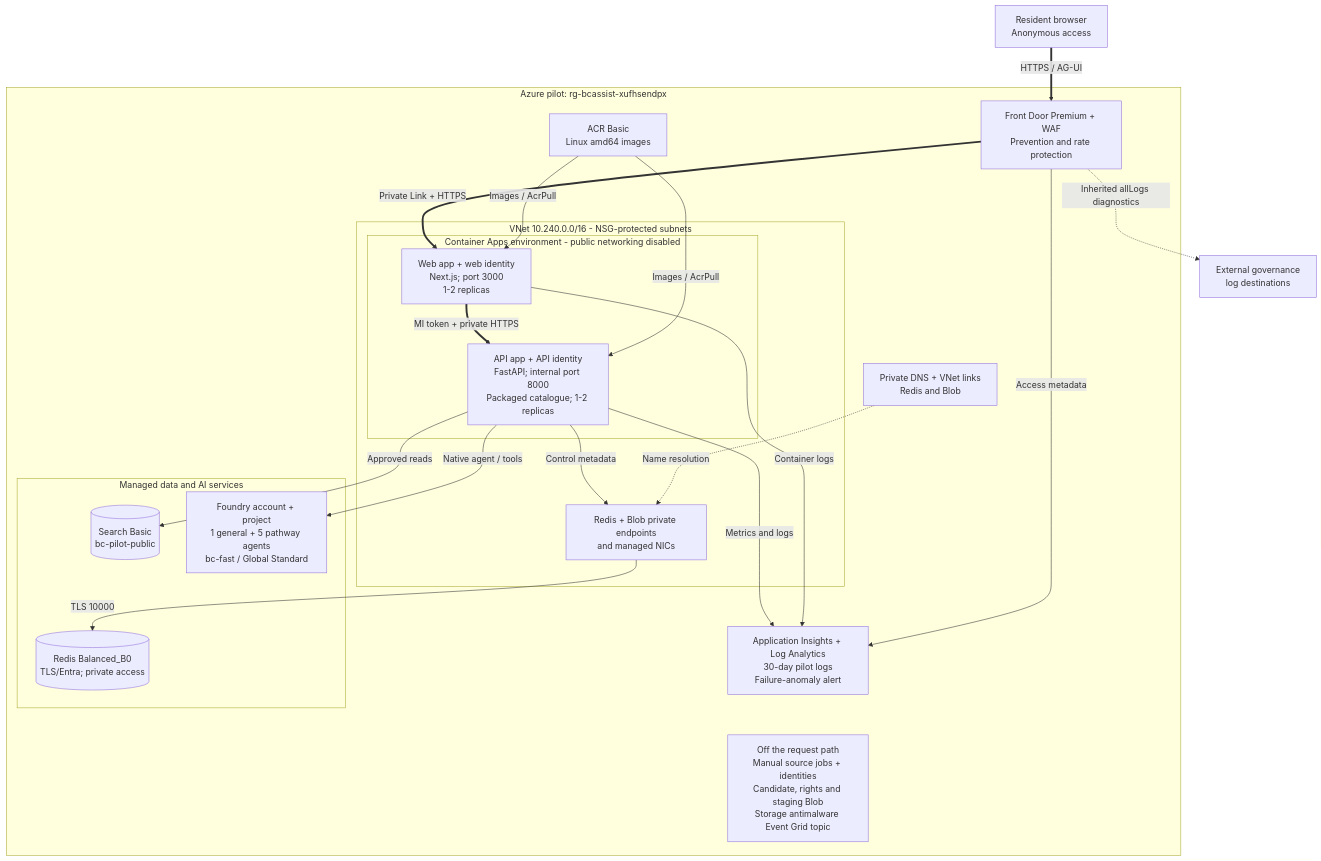
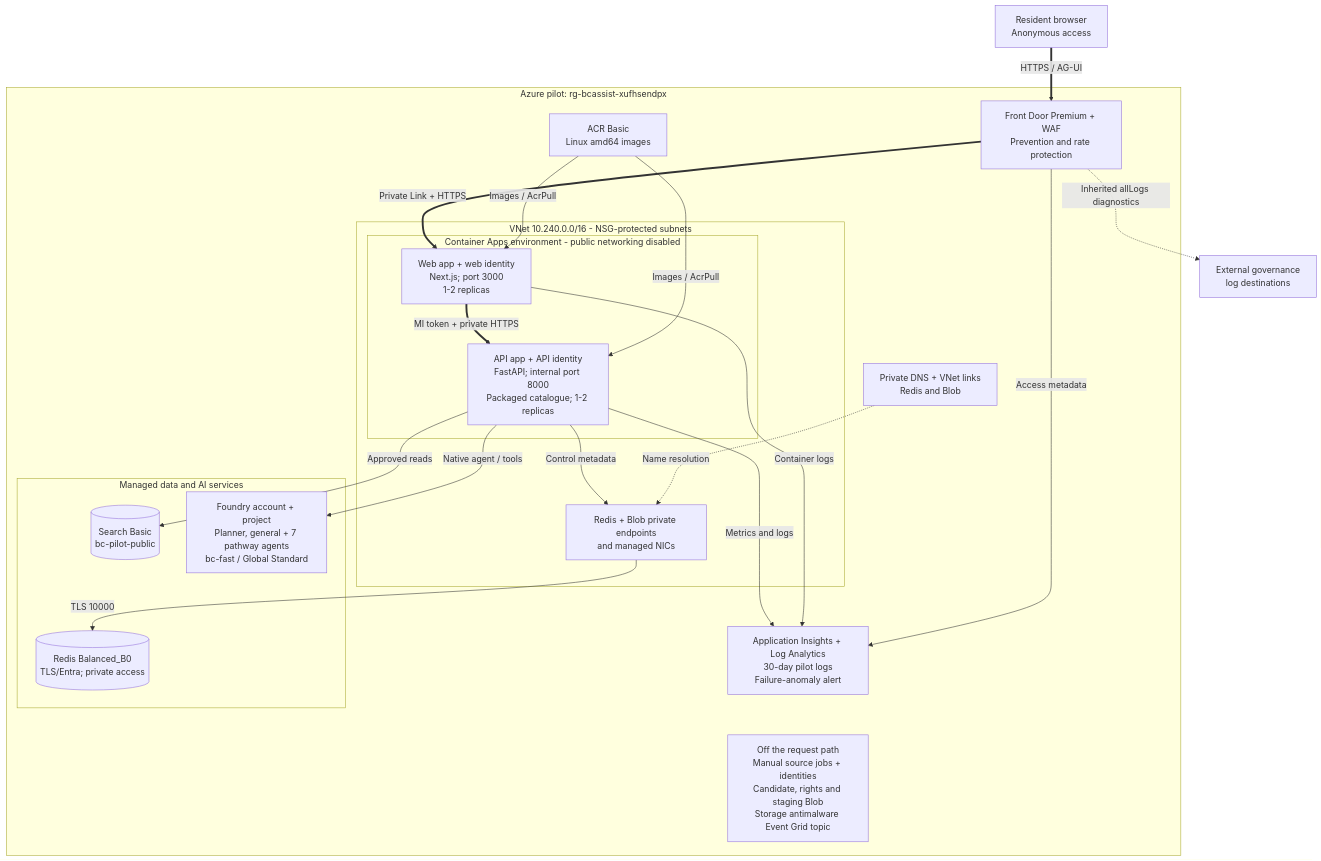
One commit to Ve-Sharma-Labs/bc-gov-ai-homepage changed the first of 4 diagrams in docs/architecture.md. Above: the diagram before and after it, drawn with Mermaid. The commit also changed other lines of this file and 3 other files, not shown here.

Commit message:
Clarify evaluation architecture and CI documentation

````diff
--- a/docs/architecture.md
+++ b/docs/architecture.md
@@ -89,43 +90,43 @@
 ```mermaid
 graph TB
     USER["Resident browser<br/>Anonymous access"]
     GOV["External governance<br/>log destinations"]
 
     subgraph RG["Azure pilot: rg-bcassist-xufhsendpx"]
         EDGE["Front Door Premium + WAF<br/>Prevention and rate protection"]
         subgraph NET["VNet 10.240.0.0/16 - NSG-protected subnets"]
             subgraph ENV["Container Apps environment - public networking disabled"]
                 WEB["Web app + web identity<br/>Next.js; port 3000<br/>1-2 replicas"]
                 API["API app + API identity<br/>FastAPI; internal port 8000<br/>Packaged catalogue; 1-2 replicas"]
             end
             PE["Redis + Blob private endpoints<br/>and managed NICs"]
         end
         DNS["Private DNS + VNet links<br/>Redis and Blob"]
         subgraph SERVICES["Managed data and AI services"]
             REDIS[("Redis Balanced_B0<br/>TLS/Entra; private access")]
             SEARCH[("Search Basic<br/>bc-pilot-public")]
-            FOUNDRY["Foundry account + project<br/>1 general + 5 pathway agents<br/>bc-fast / Global Standard"]
+            FOUNDRY["Foundry account + project<br/>Planner, general + 7 pathway agents<br/>bc-fast / Global Standard"]
         end
         ACR["ACR Basic<br/>Linux amd64 images"]
         OBS["Application Insights + Log Analytics<br/>30-day pilot logs<br/>Failure-anomaly alert"]
         SUPPORT["Off the request path<br/>Manual source jobs + identities<br/>Candidate, rights and staging Blob<br/>Storage antimalware Event Grid topic"]
     end
 
     USER ==>|"HTTPS / AG-UI"| EDGE
     EDGE ==>|"Private Link + HTTPS"| WEB
     WEB ==>|"MI token + private HTTPS"| API
     API -->|"Approved reads"| SEARCH
     API -->|"Native agent / tools"| FOUNDRY
     API -->|"Control metadata"| PE
     PE -->|"TLS 10000"| REDIS
     DNS -.->|"Name resolution"| PE
     ACR -->|"Images / AcrPull"| WEB
     ACR -->|"Images / AcrPull"| API
     API -->|"Metrics and logs"| OBS
     WEB -->|"Container logs"| OBS
     EDGE -->|"Access metadata"| OBS
     EDGE -.->|"Inherited allLogs diagnostics"| GOV
     %% Invisible links only position supporting boxes; they are not data flows.
     SEARCH ~~~ OBS
     OBS ~~~ SUPPORT
 ```
````
